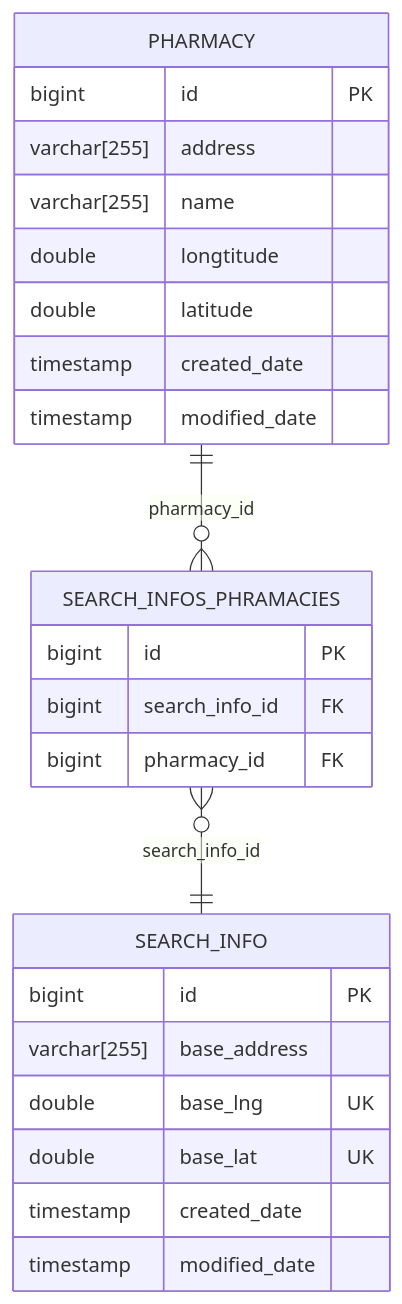
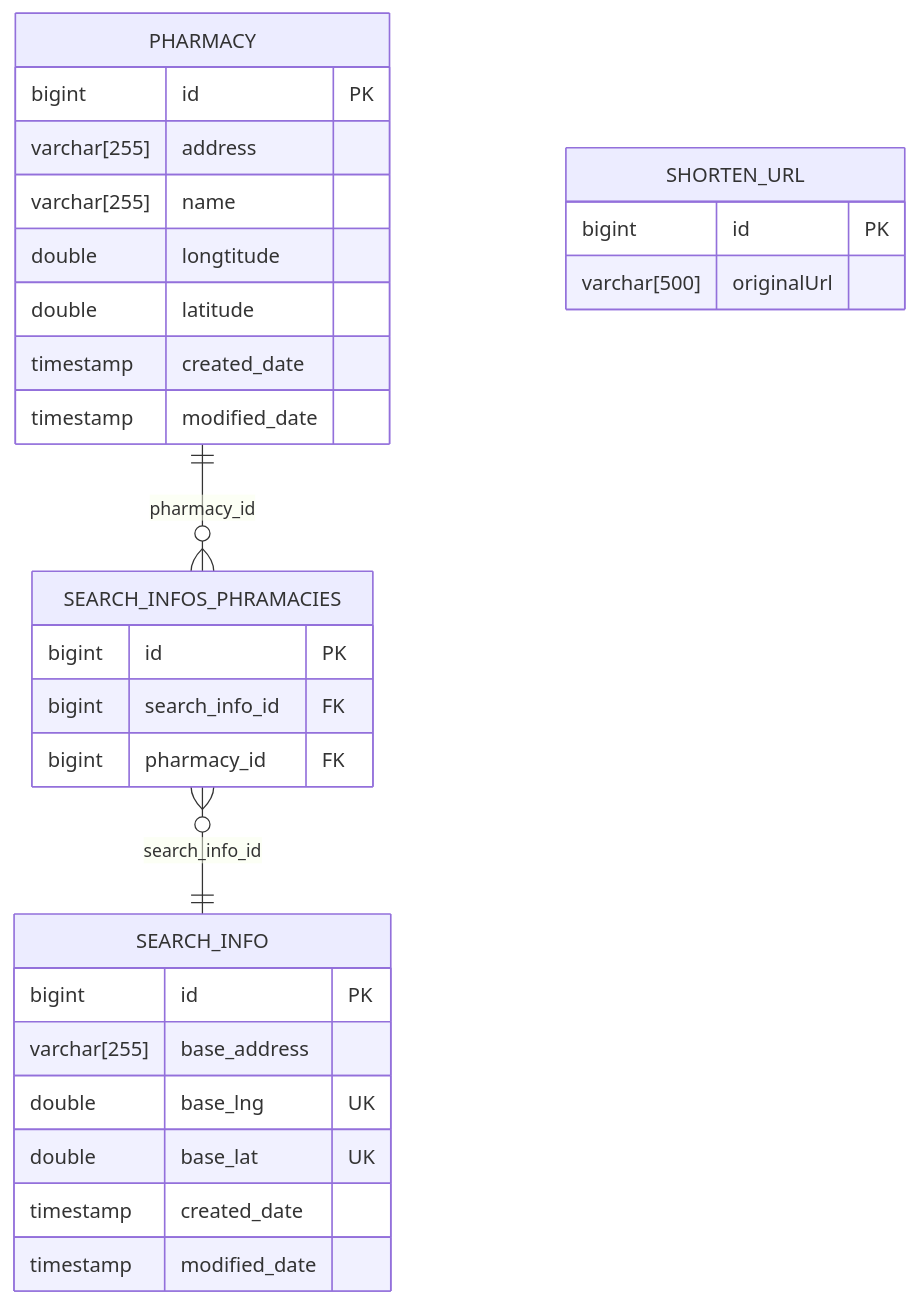
The second of 2 diagrams in README.md (GuardJo/pharmacy-explorer), drawn with Mermaid before and after one commit. The commit also changed 5 other files, not shown here.

````diff
--- a/README.md
+++ b/README.md
@@ -55,30 +55,35 @@
 ```mermaid
 erDiagram
     PHARMACY {
         bigint id PK
         varchar[255] address
         varchar[255] name
         double longtitude
         double latitude
         timestamp created_date
         timestamp modified_date
     }
 
     SEARCH_INFO {
         bigint id PK
         varchar[255] base_address
         double base_lng UK
         double base_lat UK
         timestamp created_date
         timestamp modified_date
     }
 
     SEARCH_INFOS_PHRAMACIES {
         bigint id PK
         bigint search_info_id FK
         bigint pharmacy_id FK
     }
 
+    SHORTEN_URL {
+        bigint id PK
+        varchar[500] originalUrl
+    }
+
     PHARMACY || -- o{ SEARCH_INFOS_PHRAMACIES: pharmacy_id
     SEARCH_INFOS_PHRAMACIES }o -- || SEARCH_INFO: search_info_id
 ```
````
